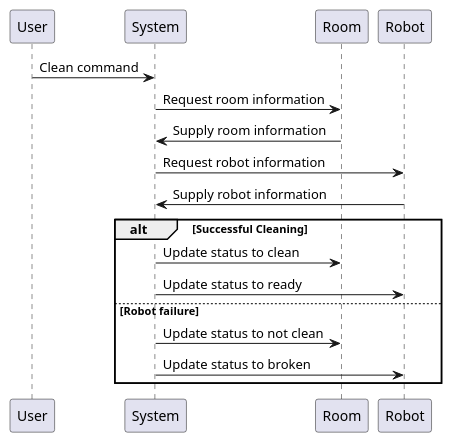
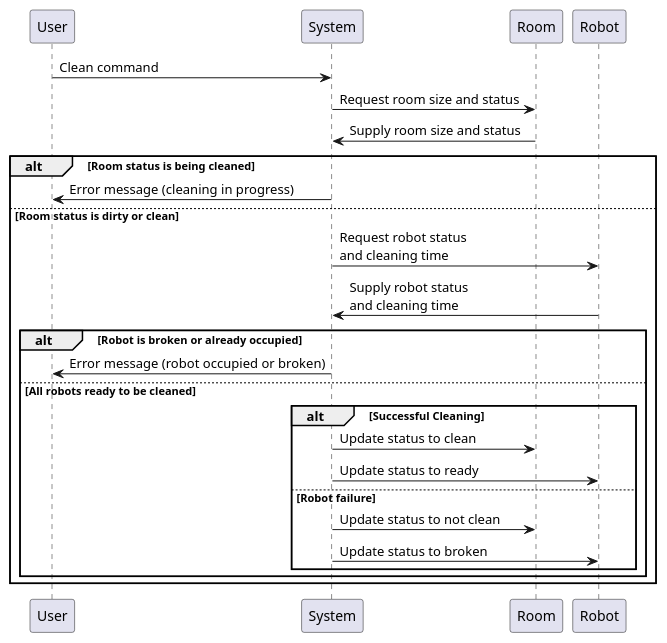
The diagram in docs/design/sequence_diagrams/clean_room_seq_diag.puml (arisk02/robot-fleet-management-system), drawn with PlantUML before and after one commit.

Commit message:
specified information requested and added two alts

```diff
--- a/docs/design/sequence_diagrams/clean_room_seq_diag.puml
+++ b/docs/design/sequence_diagrams/clean_room_seq_diag.puml
@@ -1,15 +1,23 @@
 @startuml
 User -> System : Clean command
-System -> Room : Request room information
-Room -> System : Supply room information
-System -> Robot : Request robot information
-Robot -> System : Supply robot information
-alt Successful Cleaning
-    System -> Room : Update status to clean
-    System -> Robot : Update status to ready
-else Robot failure
-    System -> Room : Update status to not clean
-    System -> Robot : Update status to broken
+System -> Room : Request room size and status
+Room -> System : Supply room size and status
+alt Room status is being cleaned
+    System -> User : Error message (cleaning in progress)
+else Room status is dirty or clean
+    System -> Robot : Request robot status\nand cleaning time 
+    Robot -> System : Supply robot status\nand cleaning time
+    alt Robot is broken or already occupied
+        System -> User : Error message (robot occupied or broken)
+    else All robots ready to be cleaned
+        alt Successful Cleaning
+            System -> Room : Update status to clean
+            System -> Robot : Update status to ready
+        else Robot failure
+            System -> Room : Update status to not clean
+            System -> Robot : Update status to broken
+        end
+    end
 end
 
 @enduml
```
